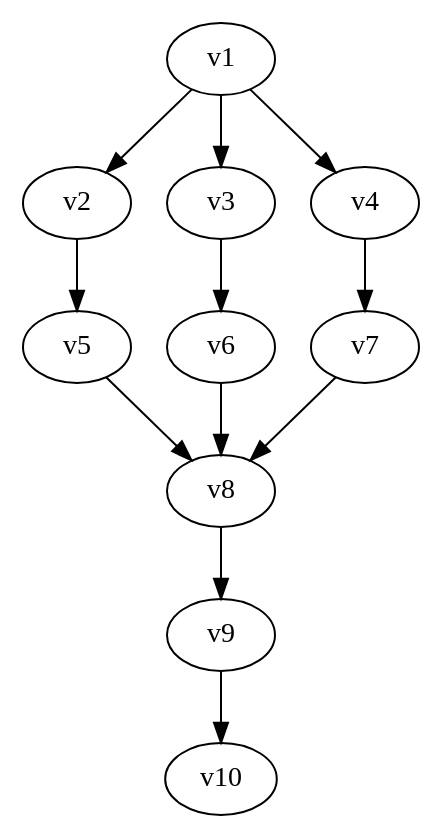
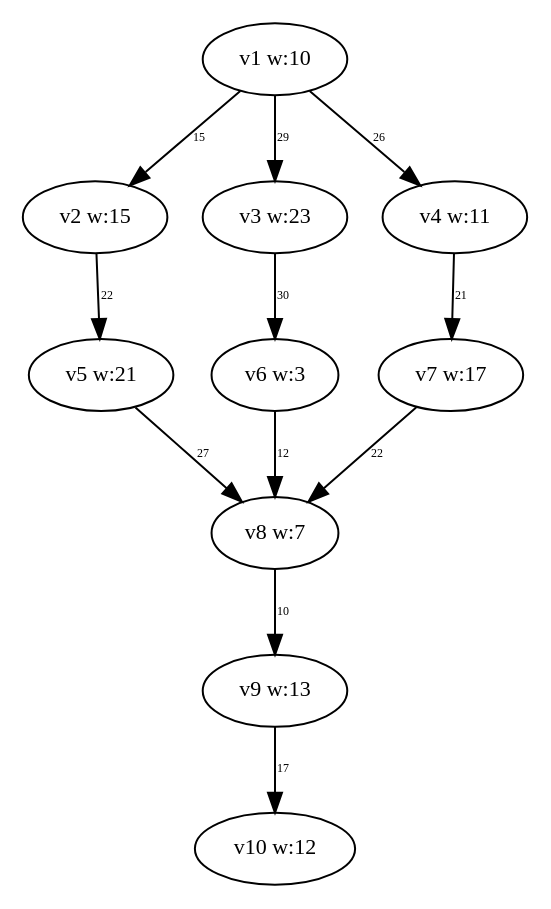
Before and after one commit to dexters1/Task-Scheduling-Based-on-Genetic-Algorithms: the diagram in PythonApplication1/PythonApplication1/test-output/slika_5.gv, drawn with Graphviz. The commit also changed 45 other files, not shown here.

```diff
--- a/PythonApplication1/PythonApplication1/test-output/slika_5.gv
+++ b/PythonApplication1/PythonApplication1/test-output/slika_5.gv
@@ -1,24 +1,23 @@
-// slika_5.gv
 digraph {
-	v1 [label=v1]
-	v2 [label=v2]
-	v3 [label=v3]
-	v4 [label=v4]
-	v5 [label=v5]
-	v6 [label=v6]
-	v7 [label=v7]
-	v8 [label=v8]
-	v9 [label=v9]
-	v10 [label=v10]
-	v1 -> v2 [constraint=true]
-	v1 -> v3 [constraint=true]
-	v1 -> v4 [constraint=true]
-	v2 -> v5 [constraint=true]
-	v3 -> v6 [constraint=true]
-	v4 -> v7 [constraint=true]
-	v5 -> v8 [constraint=true]
-	v6 -> v8 [constraint=true]
-	v7 -> v8 [constraint=true]
-	v8 -> v9 [constraint=true]
-	v9 -> v10 [constraint=true]
+	v1 [label="v1 w:10" fontsize=11.0]
+	v2 [label="v2 w:15" fontsize=11.0]
+	v3 [label="v3 w:23" fontsize=11.0]
+	v4 [label="v4 w:11" fontsize=11.0]
+	v5 [label="v5 w:21" fontsize=11.0]
+	v6 [label="v6 w:3" fontsize=11.0]
+	v7 [label="v7 w:17" fontsize=11.0]
+	v8 [label="v8 w:7" fontsize=11.0]
+	v9 [label="v9 w:13" fontsize=11.0]
+	v10 [label="v10 w:12" fontsize=11.0]
+	v1 -> v2 [label=15 constraint=true fontsize=6.0]
+	v1 -> v3 [label=29 constraint=true fontsize=6.0]
+	v1 -> v4 [label=26 constraint=true fontsize=6.0]
+	v2 -> v5 [label=22 constraint=true fontsize=6.0]
+	v3 -> v6 [label=30 constraint=true fontsize=6.0]
+	v4 -> v7 [label=21 constraint=true fontsize=6.0]
+	v5 -> v8 [label=27 constraint=true fontsize=6.0]
+	v6 -> v8 [label=12 constraint=true fontsize=6.0]
+	v7 -> v8 [label=22 constraint=true fontsize=6.0]
+	v8 -> v9 [label=10 constraint=true fontsize=6.0]
+	v9 -> v10 [label=17 constraint=true fontsize=6.0]
 }
```
